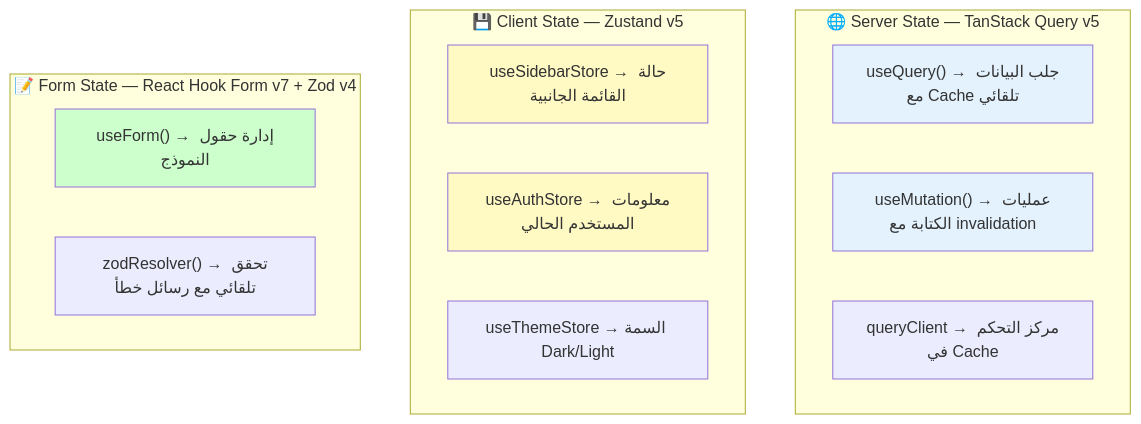
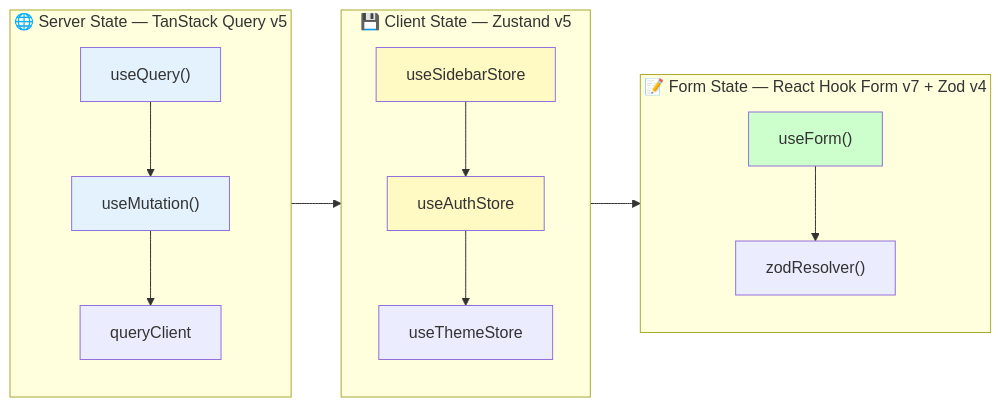
Before and after one commit to salahAbdellaoui/MPresentation: diagram 20 of 22 in README.md, drawn with Mermaid. The commit also changed other lines of this file, not shown here.

````diff
--- a/README.md
+++ b/README.md
@@ -1151,25 +1135,22 @@
 ```mermaid
-graph TD
+graph LR
     subgraph ServerState["🌐 Server State — TanStack Query v5"]
-        SQ["useQuery() → جلب البيانات مع Cache تلقائي"]
-        SM["useMutation() → عمليات الكتابة مع invalidation"]
-        SC["queryClient → مركز التحكم في Cache"]
+        SQ["useQuery()"] --> SM["useMutation()"] --> SC["queryClient"]
     end
 
     subgraph ClientState["💾 Client State — Zustand v5"]
-        CS1["useSidebarStore → حالة القائمة الجانبية"]
-        CS2["useAuthStore → معلومات المستخدم الحالي"]
-        CS3["useThemeStore → السمة Dark/Light"]
+        CS1["useSidebarStore"] --> CS2["useAuthStore"] --> CS3["useThemeStore"]
     end
 
     subgraph FormState["📝 Form State — React Hook Form v7 + Zod v4"]
-        FS1["useForm() → إدارة حقول النموذج"]
-        FS2["zodResolver() → تحقق تلقائي مع رسائل خطأ"]
+        FS1["useForm()"] --> FS2["zodResolver()"]
     end
+
+    ServerState --> ClientState --> FormState
 
     style SQ fill:#e3f2fd
     style SM fill:#e3f2fd
     style CS1 fill:#fff9c4
     style CS2 fill:#fff9c4
     style FS1 fill:#ccffcc
 ```
````
